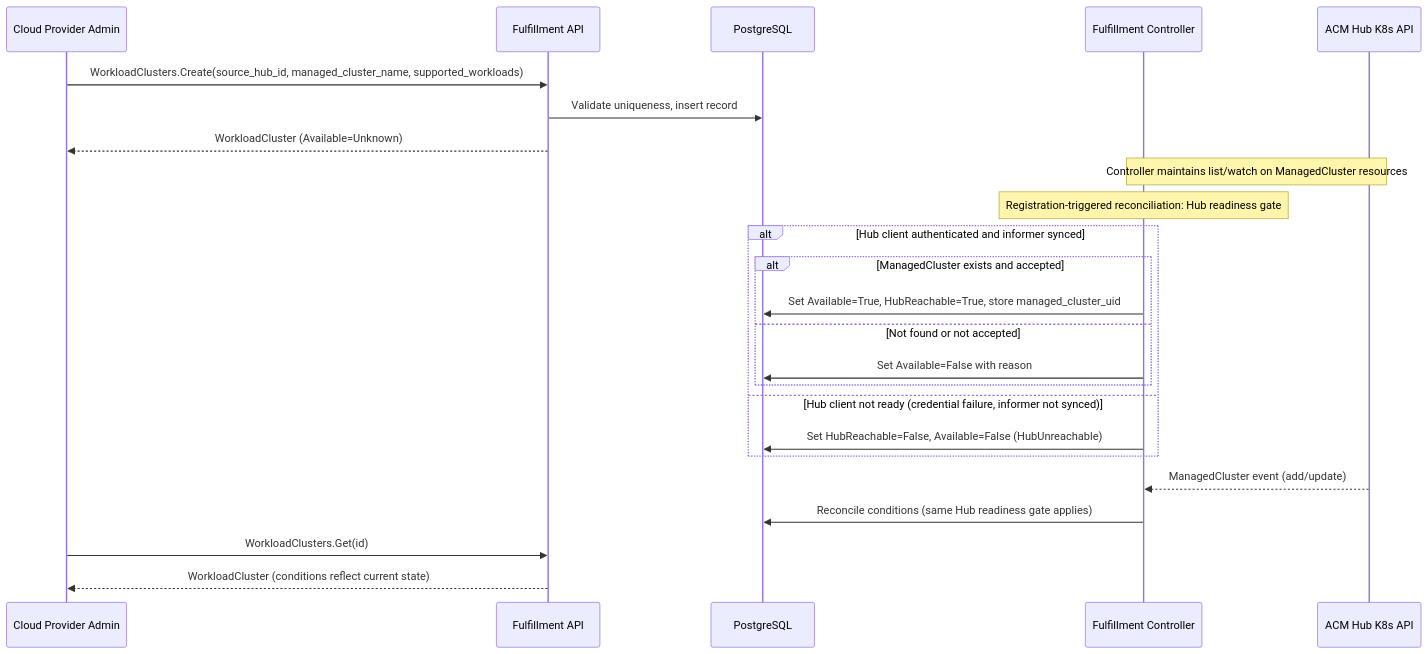
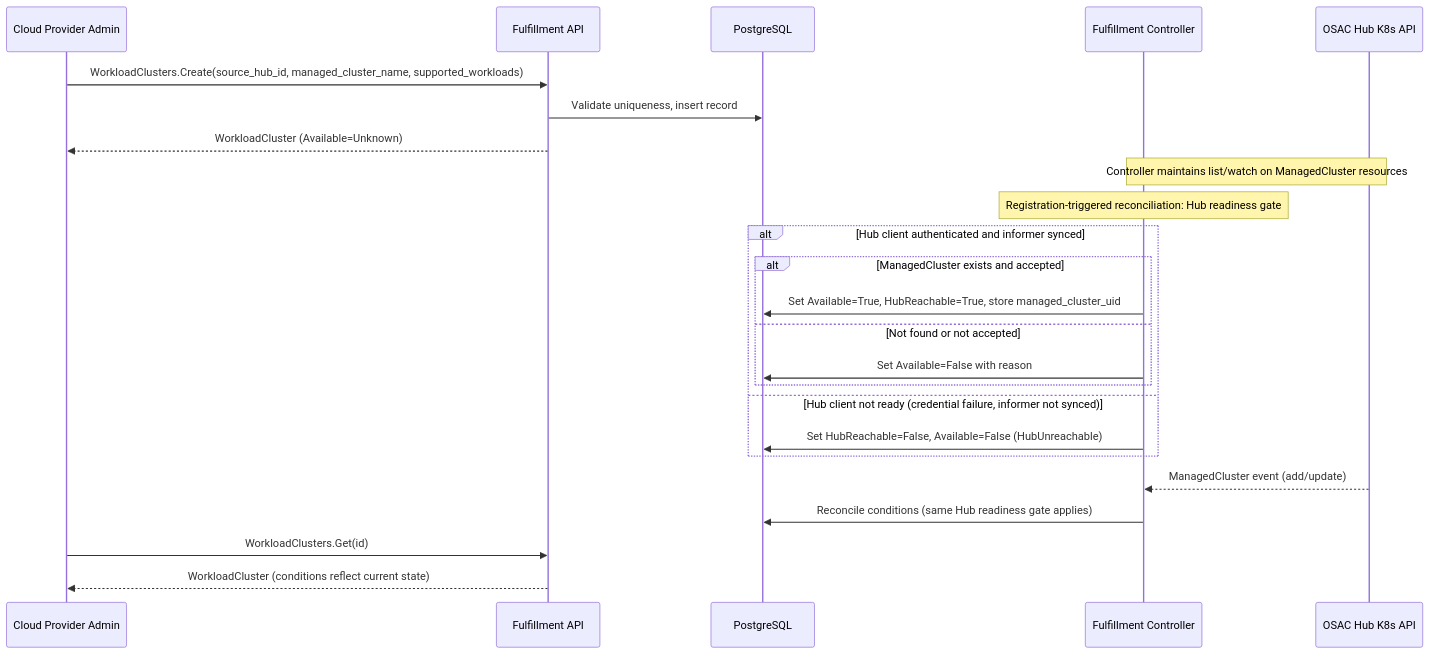
One commit to DakCrowder/enhancement-proposals changed the diagram in 0.4/OSAC-6488-import-hub-registered-clusters-for-ai-workloads/design.md. Above: the diagram before and after it, drawn with Mermaid. The commit also changed other lines of this file, not shown here.

First line of the commit message:
OSAC-6488: ground Hub identity and credential lifecycle in existing OSAC source

````diff
--- a/0.4/OSAC-6488-import-hub-registered-clusters-for-ai-workloads/design.md
+++ b/0.4/OSAC-6488-import-hub-registered-clusters-for-ai-workloads/design.md
@@ -151,29 +157,29 @@
 ```mermaid
 sequenceDiagram
     participant CPA as Cloud Provider Admin
     participant API as Fulfillment API
     participant DB as PostgreSQL
     participant Ctrl as Fulfillment Controller
-    participant Hub as ACM Hub K8s API
+    participant Hub as OSAC Hub K8s API
 
     CPA->>API: WorkloadClusters.Create(source_hub_id, managed_cluster_name, supported_workloads)
     API->>DB: Validate uniqueness, insert record
     API-->>CPA: WorkloadCluster (Available=Unknown)
 
     Note over Ctrl,Hub: Controller maintains list/watch on ManagedCluster resources
     Note over Ctrl: Registration-triggered reconciliation: Hub readiness gate
     alt Hub client authenticated and informer synced
         alt ManagedCluster exists and accepted
             Ctrl->>DB: Set Available=True, HubReachable=True, store managed_cluster_uid
         else Not found or not accepted
             Ctrl->>DB: Set Available=False with reason
         end
     else Hub client not ready (credential failure, informer not synced)
         Ctrl->>DB: Set HubReachable=False, Available=False (HubUnreachable)
     end
     Hub-->>Ctrl: ManagedCluster event (add/update)
     Ctrl->>DB: Reconcile conditions (same Hub readiness gate applies)
 
     CPA->>API: WorkloadClusters.Get(id)
     API-->>CPA: WorkloadCluster (conditions reflect current state)
 ```
````
